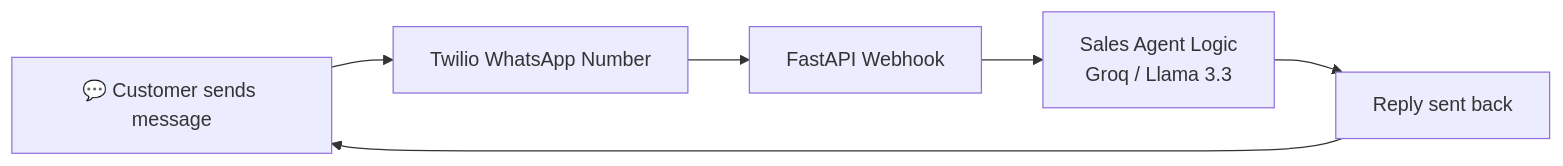
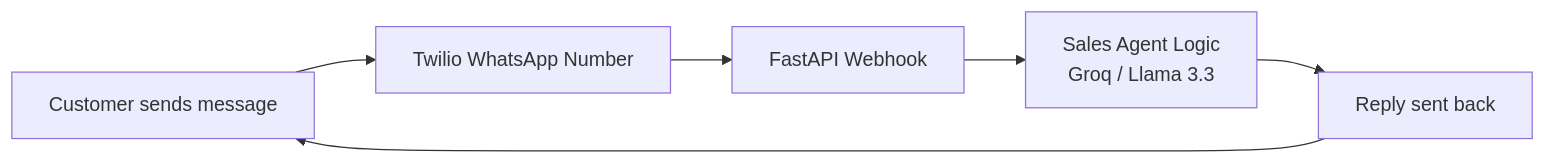
The diagram in README.md (Khaled-fouad0/whatsapp-sales-agent), drawn with Mermaid before and after one commit. The commit also changed other lines of this file, not shown here.

````diff
--- a/README.md
+++ b/README.md
@@ -52,8 +52,8 @@
 ```mermaid
 flowchart LR
-    A[💬 Customer sends message] --> B[Twilio WhatsApp Number]
+    A[Customer sends message] --> B[Twilio WhatsApp Number]
     B --> C[FastAPI Webhook]
     C --> D[Sales Agent Logic<br/>Groq / Llama 3.3]
     D --> E[Reply sent back]
     E --> A
 ```
````
